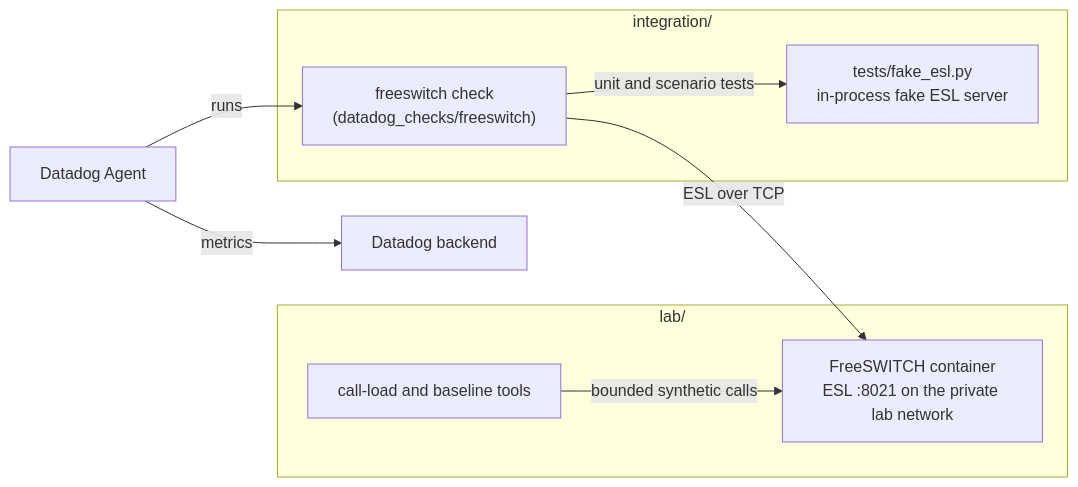
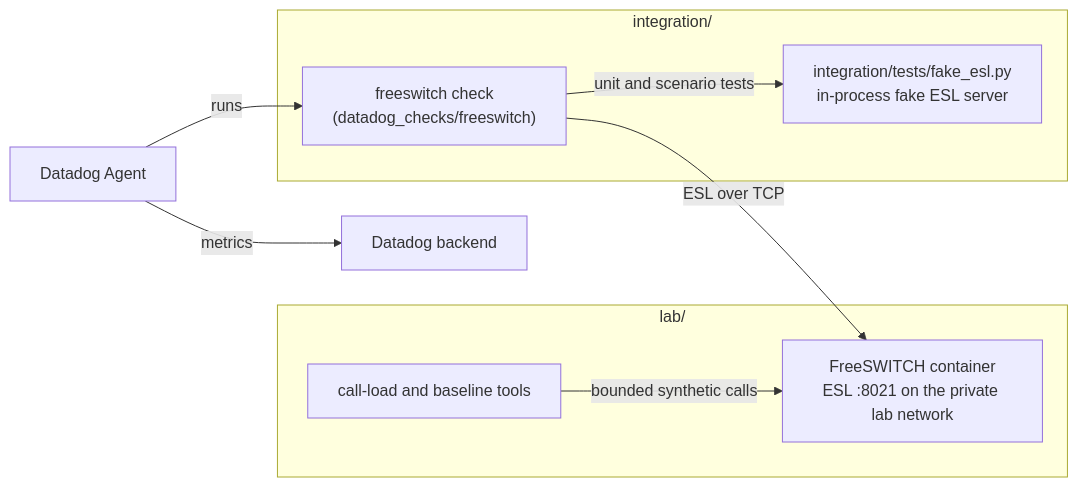
The diagram in docs/ARCHITECTURE.md (shivamsancc/datadog-freeswitch), drawn with Mermaid before and after one commit. The commit also changed 6 other files, not shown here.

````diff
--- a/docs/ARCHITECTURE.md
+++ b/docs/ARCHITECTURE.md
@@ -5,19 +5,19 @@
 ```mermaid
 flowchart LR
     subgraph LAB["lab/"]
         FS["FreeSWITCH container<br/>ESL :8021 on the private lab network"]
         HARNESS["call-load and baseline tools"]
     end
     subgraph INT["integration/"]
         CHECK["freeswitch check<br/>(datadog_checks/freeswitch)"]
-        FAKE["tests/fake_esl.py<br/>in-process fake ESL server"]
+        FAKE["integration/tests/fake_esl.py<br/>in-process fake ESL server"]
     end
     AGENT["Datadog Agent"]
     DD["Datadog backend"]
 
     HARNESS -- "bounded synthetic calls" --> FS
     CHECK -- "unit and scenario tests" --> FAKE
     AGENT -- "runs" --> CHECK
     CHECK -- "ESL over TCP" --> FS
     AGENT -- "metrics" --> DD
 ```
````
